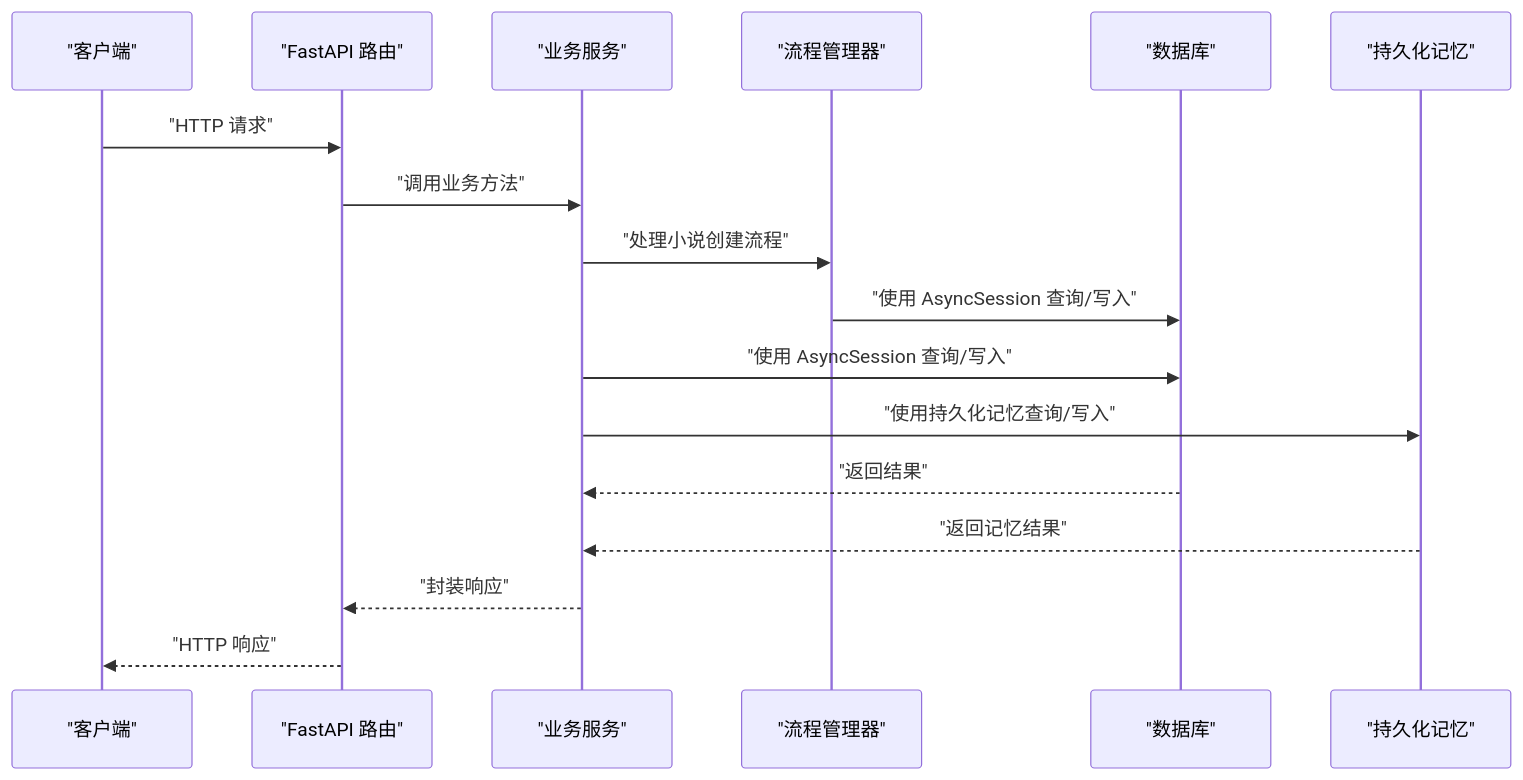
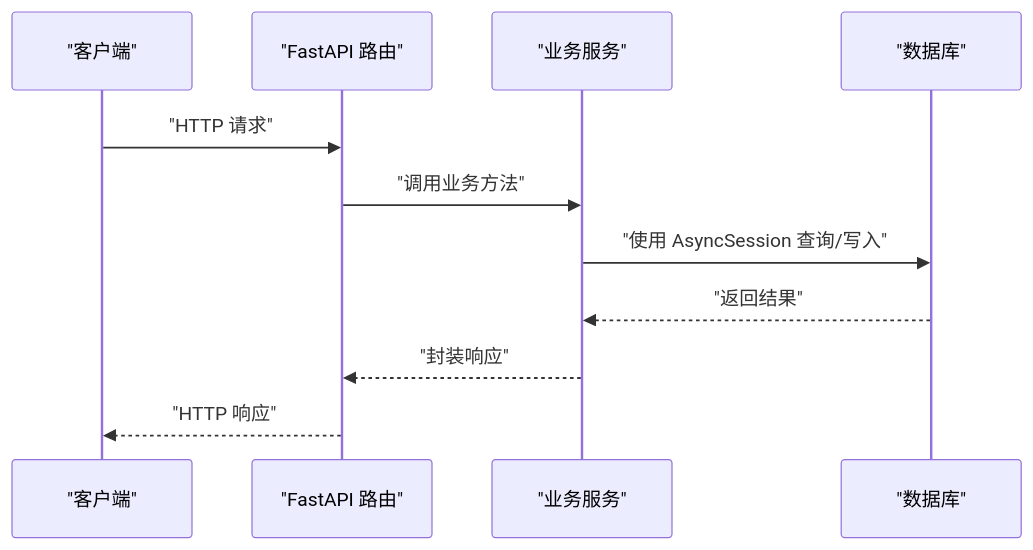
Before and after one commit to xfbyxq/ai-novel-system: the second of 11 diagrams in .qoder/repowiki/zh/content/后端架构/数据库设计.md, drawn with Mermaid. The commit also changed other lines of this file and 38 other files, not shown here.

````diff
--- a/.qoder/repowiki/zh/content/后端架构/数据库设计.md
+++ b/.qoder/repowiki/zh/content/后端架构/数据库设计.md
@@ -211,19 +185,13 @@
 ```mermaid
 sequenceDiagram
 participant Client as "客户端"
 participant API as "FastAPI 路由"
 participant Service as "业务服务"
-participant FlowManager as "流程管理器"
 participant DB as "数据库"
-participant MemoryDB as "持久化记忆"
 Client->>API : "HTTP 请求"
 API->>Service : "调用业务方法"
-Service->>FlowManager : "处理小说创建流程"
-FlowManager->>DB : "使用 AsyncSession 查询/写入"
 Service->>DB : "使用 AsyncSession 查询/写入"
-Service->>MemoryDB : "使用持久化记忆查询/写入"
 DB-->>Service : "返回结果"
-MemoryDB-->>Service : "返回记忆结果"
 Service-->>API : "封装响应"
 API-->>Client : "HTTP 响应"
 ```
````
